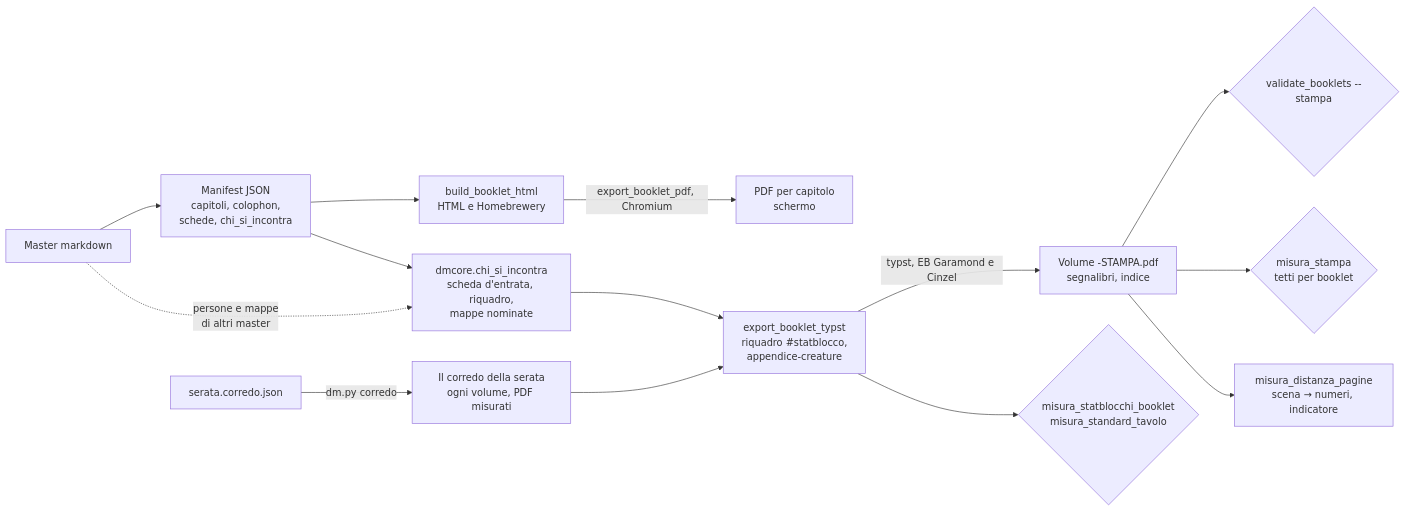
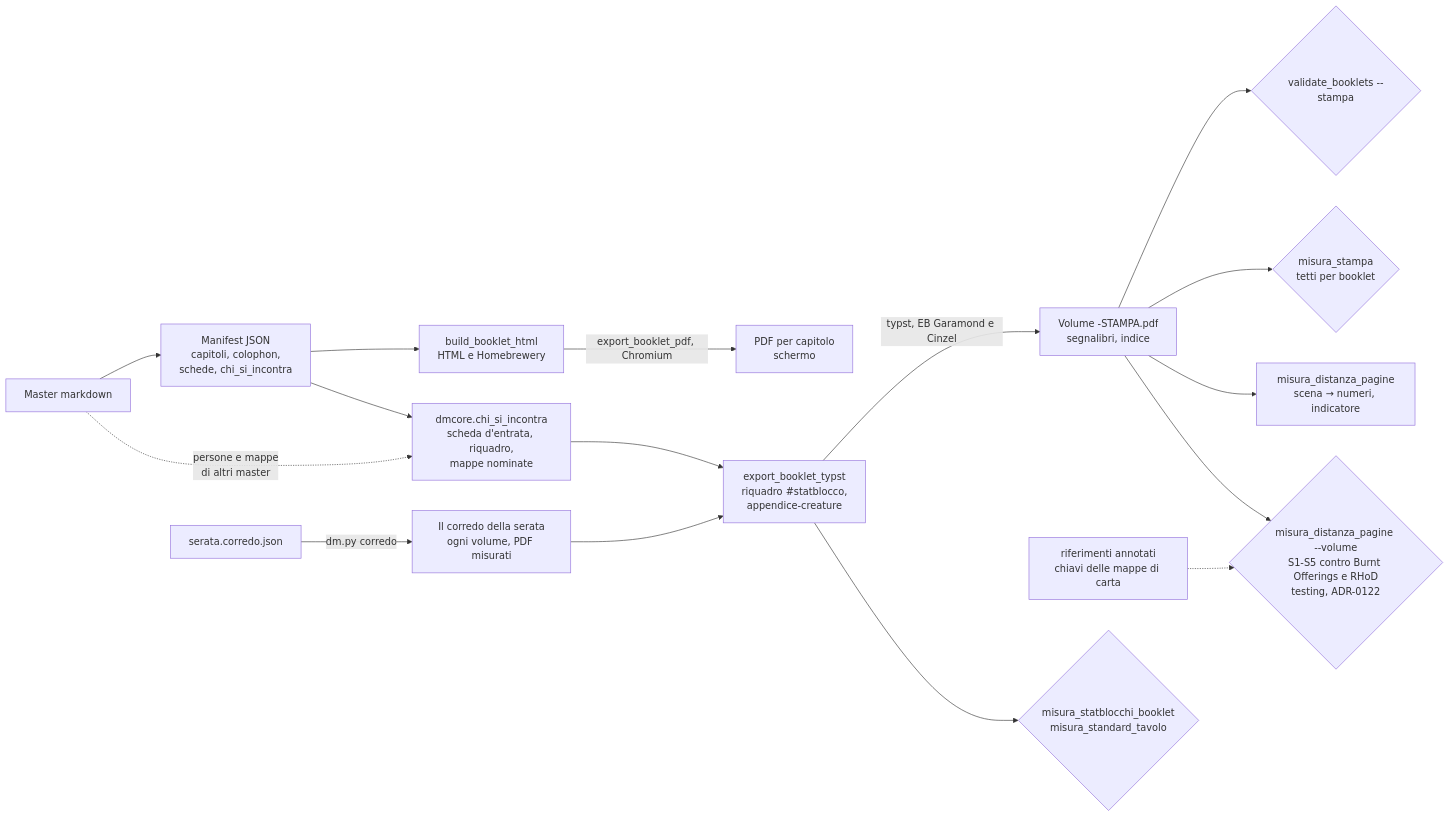
One commit to gsamuele78/RumblingStone changed diagram 19 of 26 in docs/ARCHITETTURA.md. Above: the diagram before and after it, drawn with Mermaid. The commit also changed other lines of this file and 26 other files, not shown here.

First line of the commit message:
Lo standard del volume si misura sul PDF come gli Adventure Path (ADR-0122)

````diff
--- a/docs/ARCHITETTURA.md
+++ b/docs/ARCHITETTURA.md
@@ -785,16 +785,18 @@
 ```mermaid
 flowchart LR
     MASTERS["Master markdown"] --> MANI["Manifest JSON<br/>capitoli, colophon,<br/>schede, chi_si_incontra"]
     MANI --> HTML["build_booklet_html<br/>HTML e Homebrewery"]
     HTML -->|"export_booklet_pdf, Chromium"| PDFS["PDF per capitolo<br/>schermo"]
     MANI --> CSI["dmcore.chi_si_incontra<br/>scheda d'entrata, riquadro,<br/>mappe nominate"]
     MASTERS -. "persone e mappe<br/>di altri master" .-> CSI
     CSI --> TYP["export_booklet_typst<br/>riquadro #statblocco,<br/>appendice-creature"]
     TYP -->|"typst, EB Garamond e Cinzel"| VOL["Volume -STAMPA.pdf<br/>segnalibri, indice"]
     CJ["serata.corredo.json"] -->|"dm.py corredo"| ALL["Il corredo della serata<br/>ogni volume, PDF misurati"]
     ALL --> TYP
     VOL --> VB{"validate_booklets --stampa"}
     VOL --> MS{"misura_stampa<br/>tetti per booklet"}
     VOL --> MD["misura_distanza_pagine<br/>scena → numeri, indicatore"]
+    VOL --> SV{"misura_distanza_pagine --volume<br/>S1-S5 contro Burnt Offerings e RHoD<br/>testing, ADR-0122"}
+    RIF["riferimenti annotati<br/>chiavi delle mappe di carta"] -.-> SV
     TYP --> MSB{"misura_statblocchi_booklet<br/>misura_standard_tavolo"}
 ```
````
